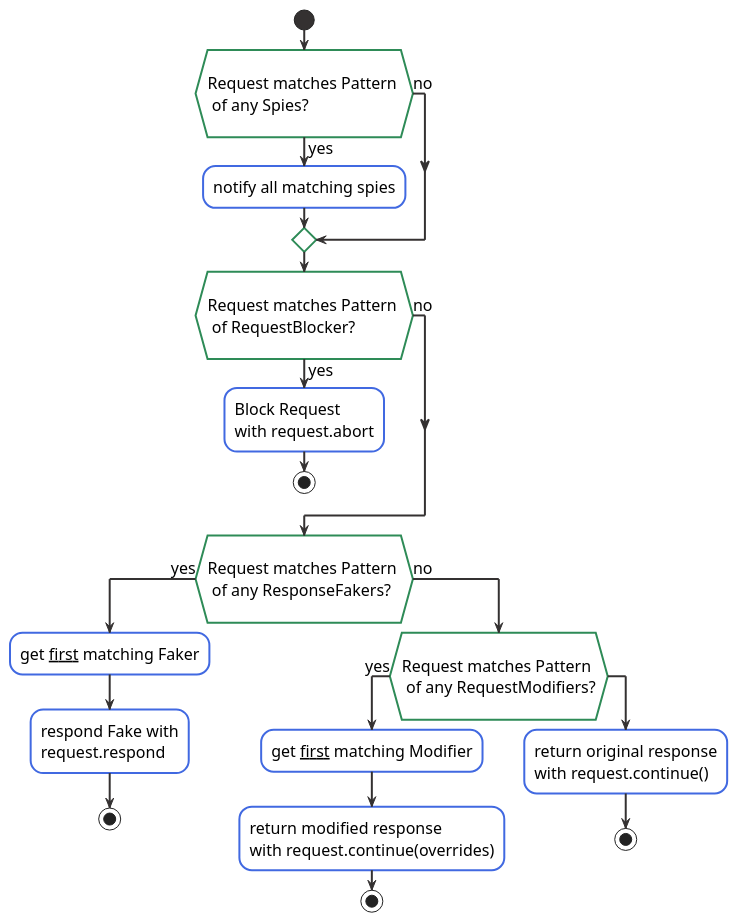
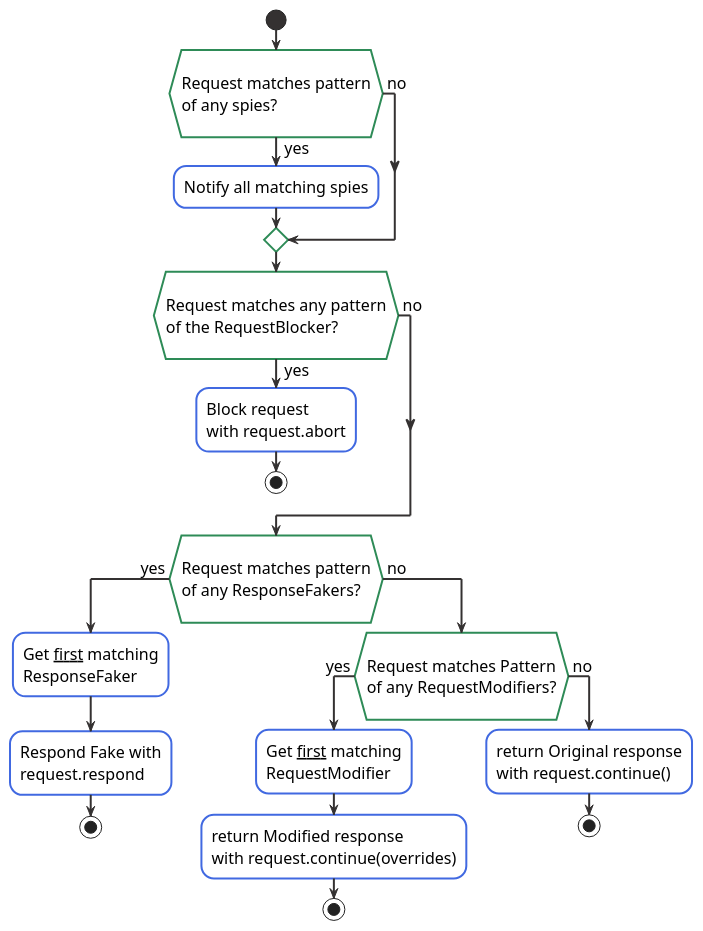
The diagram in documentation/activity.iuml (Tabueeee/puppeteer-request-spy), drawn with PlantUML before and after one commit. The commit also changed 36 other files, not shown here.

```diff
--- a/documentation/activity.iuml
+++ b/documentation/activity.iuml
@@ -1,65 +1,57 @@
 @startuml
-
-'skinparam monochrome true
 skinparam shadowing false
 
 skinparam activity {
    DiamondFontSize 16
    FontSize 16
    BorderThickness 2
 
    FontColor black
    DiamondFontColor black
    BackgroundColor white
    DiamondBackgroundColor white
    BorderColor RoyalBlue
    DiamondBorderColor Seagreen
 
    StartColor 343131
    EndColor 343131
 }
 
 skinparam arrow {
     color 343131
     fontColor black
     FontSize 16
 }
 
 start
 
-
-if (\nRequest matches Pattern \n of any Spies?\n) then (yes)
-  :notify all matching spies;
-else (no)
-
+if (\nRequest matches pattern\nof any spies?\n) then ( yes )
+  :Notify all matching spies;
+else ( no )
 endif
 
 
-if (\nRequest matches Pattern \n of RequestBlocker?\n) then (no)
+if (\nRequest matches any pattern\nof the RequestBlocker?\n) then ( no )
 
-
-else (yes)
-  :Block Request \nwith request.abort;
+else ( yes )
+  :Block request\nwith request.abort;
   stop
 
 endif
 
-
-if (\nRequest matches Pattern \n of any ResponseFakers?\n) then (yes)
-  :get __first__ matching Faker;
-  :respond Fake with\nrequest.respond;
+if (\nRequest matches pattern\nof any ResponseFakers?\n) then ( yes )
+  :Get __first__ matching\nResponseFaker;
+  :Respond Fake with\nrequest.respond;
   stop
-else (no)
-    if (\nRequest matches Pattern \n of any RequestModifiers?\n) then (yes)
-        :get __first__ matching Modifier;
-        :return modified response\nwith request.continue(overrides);
+else ( no )
+    if (\nRequest matches Pattern\nof any RequestModifiers?\n) then ( yes )
+        :Get __first__ matching\nRequestModifier;
+        :return Modified response\nwith request.continue(overrides);
         stop
-    else
-        :return original response\nwith request.continue();
+    else ( no )
+        :return Original response\nwith request.continue();
         stop
     endif
 endif
 
-
-
 @enduml
```
